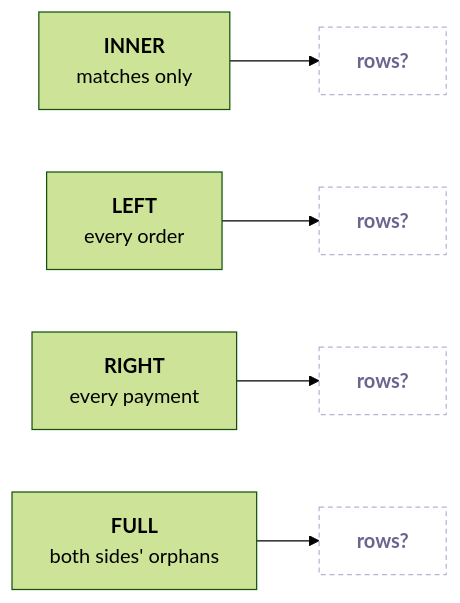
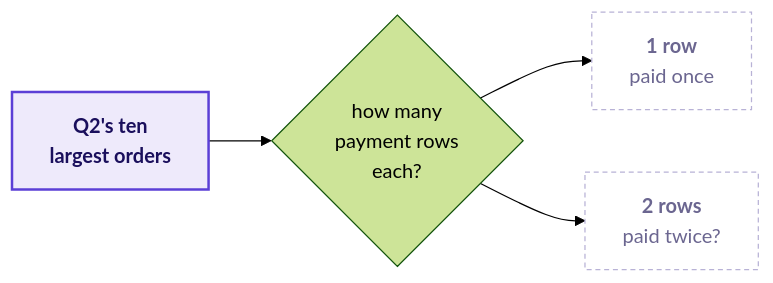
The seventh of 25 diagrams in content/W02/D2/slides/C2_W02_D02_half1_STUDENT.md (fde-academy-lab/c2-content-factory), drawn with Mermaid (forest theme) before and after one commit. The commit also changed other lines of this file and 11 other files, not shown here.

First line of the commit message:
W02 D2: both decks rebuilt chapter by chapter to standard v3, and the notebooks without the Week 1 bulk order

````diff
--- a/content/W02/D2/slides/C2_W02_D02_half1_STUDENT.md
+++ b/content/W02/D2/slides/C2_W02_D02_half1_STUDENT.md
@@ -225,9 +631,10 @@
 ```mermaid
 flowchart LR
-    A["<b>INNER</b><br/>matches only"] --> N1["<b>rows?</b>"]
-    B["<b>LEFT</b><br/>every order"] --> N2["<b>rows?</b>"]
-    C["<b>RIGHT</b><br/>every payment"] --> N3["<b>rows?</b>"]
-    D["<b>FULL</b><br/>both sides' orphans"] --> N4["<b>rows?</b>"]
+    O["<b>Q2's ten<br/>largest orders</b>"] --> Q{"how many<br/>payment rows<br/>each?"}
+    Q --> A["<b>1 row</b><br/>paid once"]
+    Q --> B["<b>2 rows</b><br/>paid twice?"]
+    classDef known fill:#EEEAFB,stroke:#5B3FD6,color:#1A0F5C,stroke-width:2px
     classDef unknown fill:#FFFFFF,stroke:#B8B2D6,color:#6B6690,stroke-dasharray:4 3
-    class N1,N2,N3,N4 unknown
+    class O known
+    class A,B unknown
 ```
````
